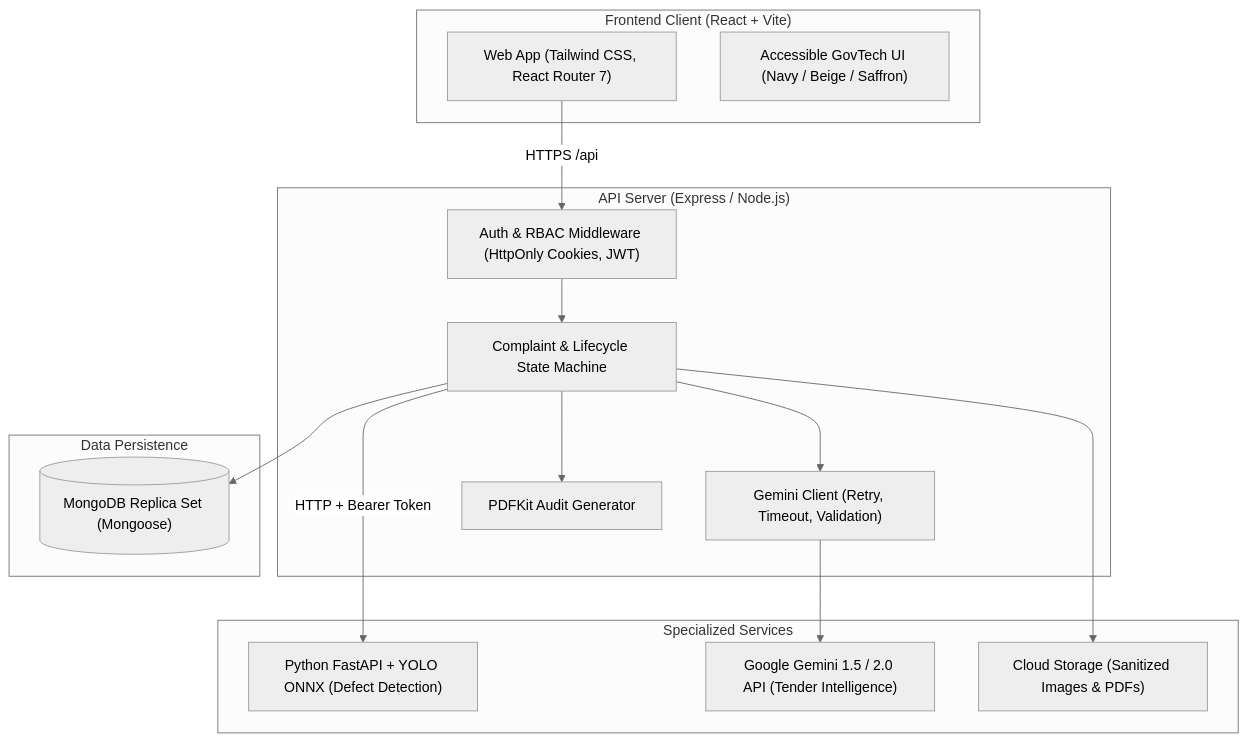
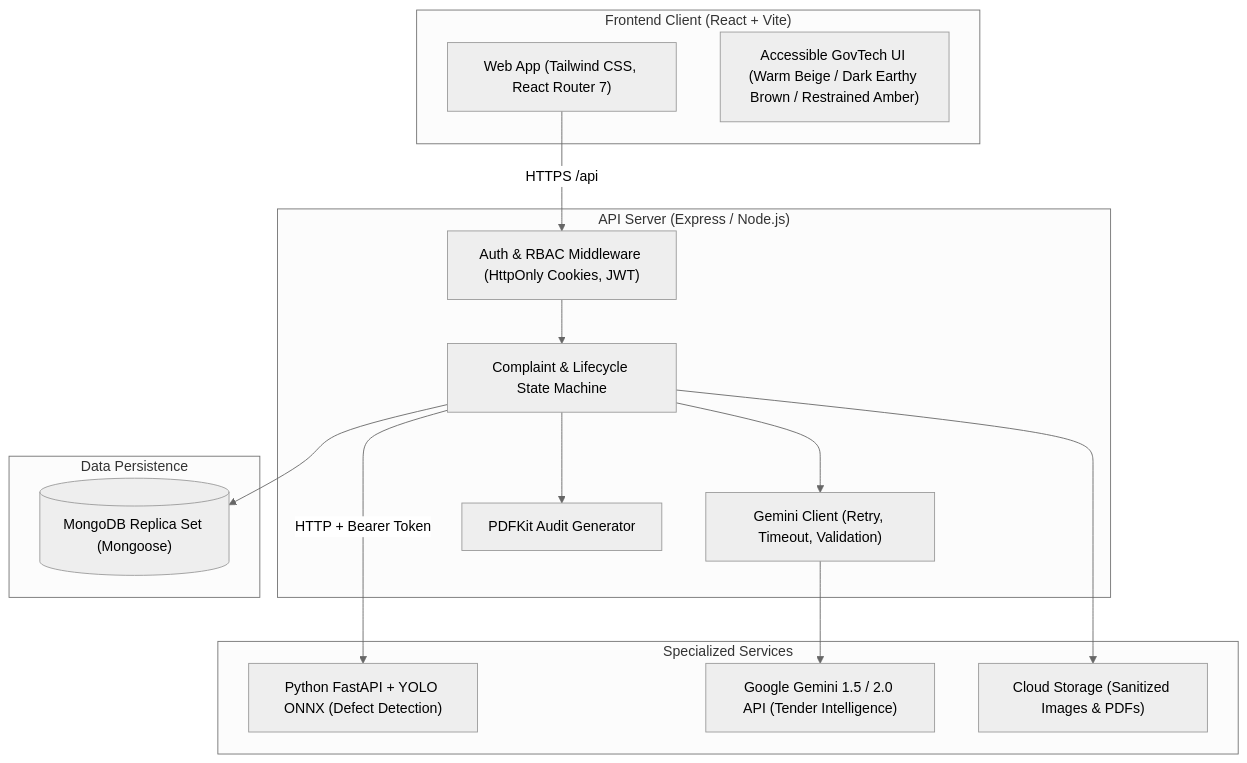
The diagram in README.md (md-abidhussain/GramSetu), drawn with Mermaid (neutral theme) before and after one commit. The commit also changed other lines of this file and 53 other files, not shown here.

Commit message:
fix(ci-security): remediate vulnerabilities, complete test suite, and overhaul UI/UX with beige & brown palette

````diff
--- a/README.md
+++ b/README.md
@@ -46,33 +46,33 @@
 ```mermaid
 flowchart TD
     subgraph ClientLayer["Frontend Client (React + Vite)"]
         UI["Web App (Tailwind CSS, React Router 7)"]
-        A11y["Accessible GovTech UI (Navy / Beige / Saffron)"]
+        A11y["Accessible GovTech UI (Warm Beige / Dark Earthy Brown / Restrained Amber)"]
     end
 
     subgraph ServerLayer["API Server (Express / Node.js)"]
         AuthMiddleware["Auth & RBAC Middleware (HttpOnly Cookies, JWT)"]
         StateEngine["Complaint & Lifecycle State Machine"]
         AIClient["Gemini Client (Retry, Timeout, Validation)"]
         PDFGen["PDFKit Audit Generator"]
     end
 
     subgraph ServiceLayer["Specialized Services"]
         SegmentationService["Python FastAPI + YOLO ONNX (Defect Detection)"]
         GeminiService["Google Gemini 1.5 / 2.0 API (Tender Intelligence)"]
         CloudinaryService["Cloud Storage (Sanitized Images & PDFs)"]
     end
 
     subgraph DatabaseLayer["Data Persistence"]
         MongoDB[("MongoDB Replica Set (Mongoose)")]
     end
 
     UI -->|HTTPS /api| AuthMiddleware
     AuthMiddleware --> StateEngine
     StateEngine --> MongoDB
     StateEngine --> AIClient
     StateEngine --> PDFGen
     AIClient --> GeminiService
     StateEngine -->|HTTP + Bearer Token| SegmentationService
     StateEngine --> CloudinaryService
 ```
````
